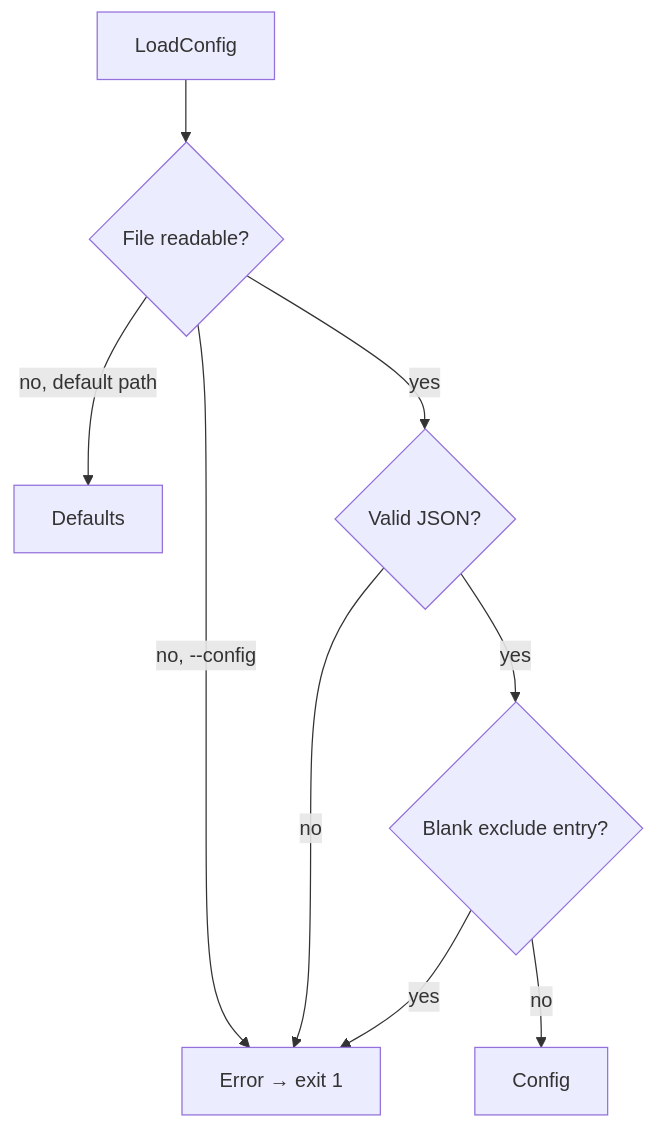
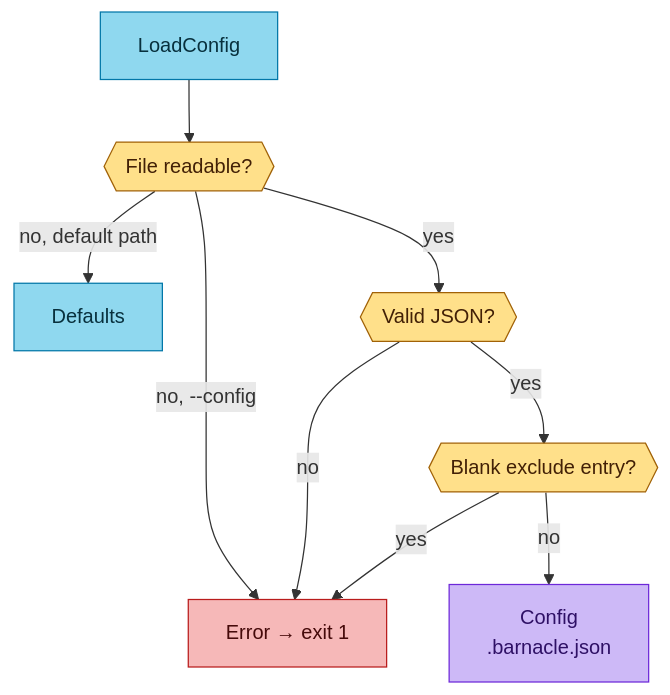
One commit to fordaj/barnacle changed the diagram in internal/barnacle/config.go.md. Above: the diagram before and after it, drawn with Mermaid. The commit also changed 23 other files, not shown here.

````diff
--- a/internal/barnacle/config.go.md
+++ b/internal/barnacle/config.go.md
@@ -3,13 +3,21 @@
 ```mermaid
 flowchart TD
-    Start[LoadConfig] --> Exists{File readable?}
+    Start[LoadConfig] --> Exists{{"File readable?"}}
     Exists -- "no, default path" --> Defaults[Defaults]
     Exists -- "no, --config" --> Error[Error → exit 1]
-    Exists -- yes --> Parse{Valid JSON?}
+    Exists -- yes --> Parse{{"Valid JSON?"}}
     Parse -- no --> Error
-    Parse -- yes --> Check{Blank exclude entry?}
+    Parse -- yes --> Check{{"Blank exclude entry?"}}
     Check -- yes --> Error
-    Check -- no --> Cfg[Config]
+    Check -- no --> Cfg["Config<br/>.barnacle.json"]
     click Error href "../../cmd/barnacle/main.go.md"
     click Cfg href "site.go.md"
+    class Start,Defaults goFile
+    class Exists,Parse,Check hexNode
+    class Error errNode
+    class Cfg jsonFile
+    classDef goFile fill:#8fd8ef,stroke:#0277a8,color:#08303d
+    classDef hexNode fill:#ffe08a,stroke:#a16207,color:#422006
+    classDef errNode fill:#f6b8b8,stroke:#b91c1c,color:#450a0a
+    classDef jsonFile fill:#cdb9f7,stroke:#6d28d9,color:#2e1065
 ```
````
